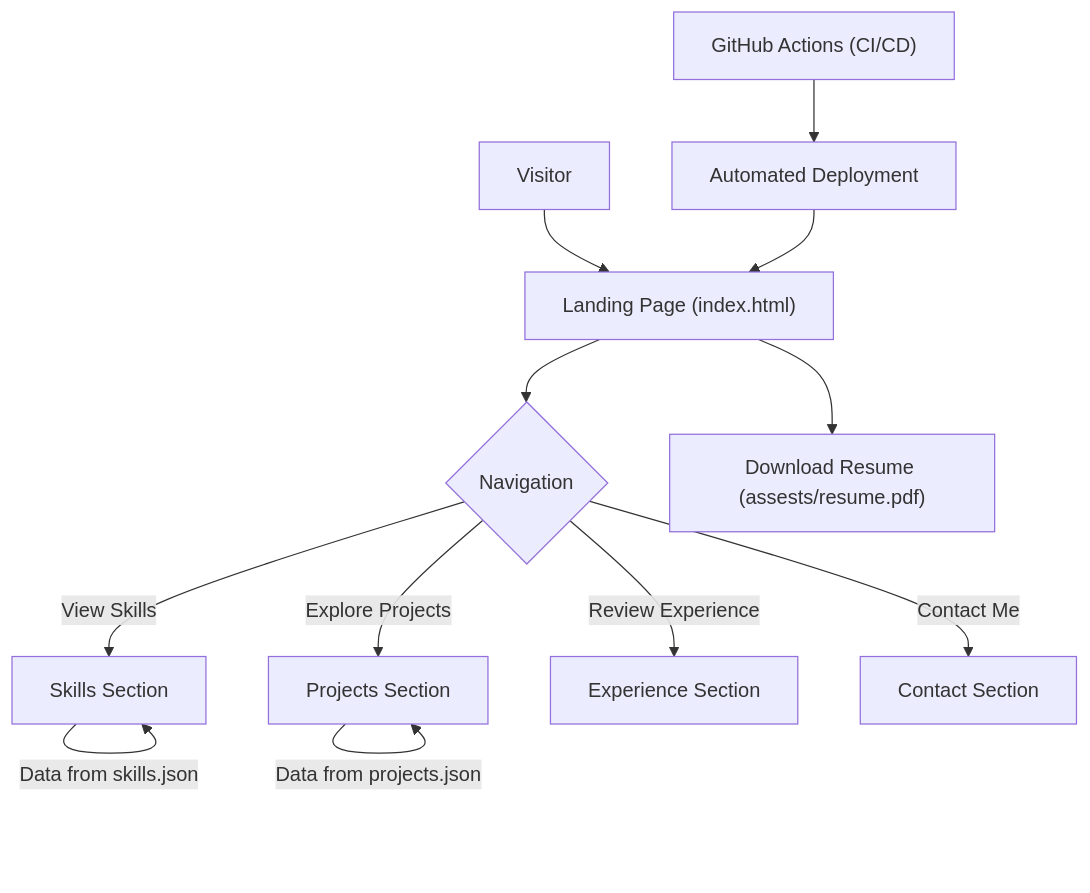
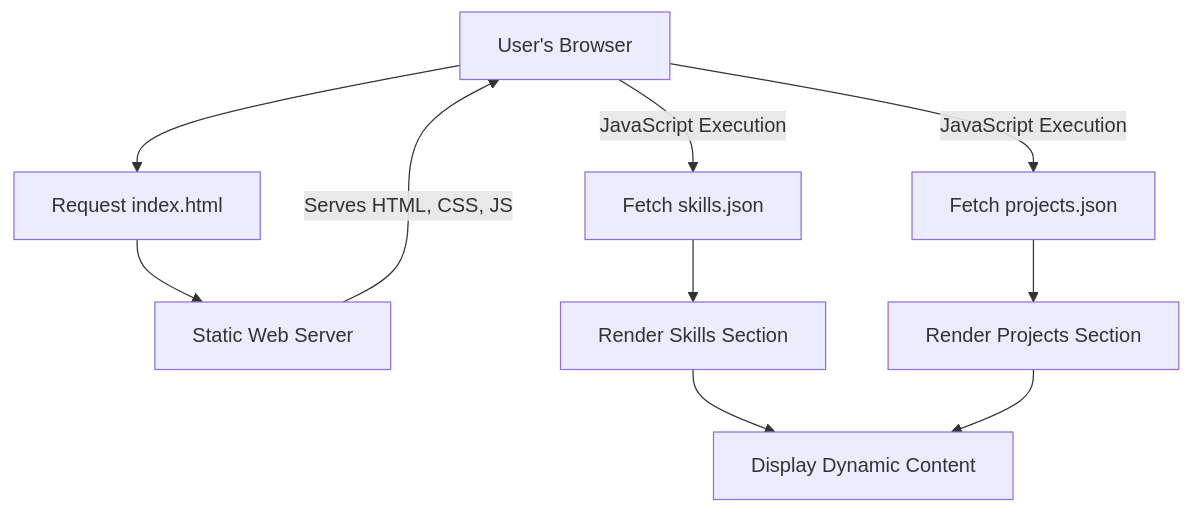
The diagram in README.md (helper-one/portfolio_website), drawn with Mermaid before and after one commit. The commit also changed other lines of this file, not shown here.

````diff
--- a/README.md
+++ b/README.md
@@ -42,14 +38,12 @@
 ```mermaid
 graph TD
-    A["Visitor"] --> B["Landing Page (index.html)"];
-    B --> C{"Navigation"};
-    C -- "View Skills" --> D["Skills Section"];
-    D -- "Data from skills.json" --> D;
-    C -- "Explore Projects" --> E["Projects Section"];
-    E -- "Data from projects.json" --> E;
-    C -- "Review Experience" --> F["Experience Section"];
-    C -- "Contact Me" --> G["Contact Section"];
-    B --> H["Download Resume (assests/resume.pdf)"];
-    I["GitHub Actions (CI/CD)"] --> J["Automated Deployment"];
-    J --> B;
+    A["User's Browser"] --> B["Request index.html"];
+    B --> C["Static Web Server"];
+    C -- "Serves HTML, CSS, JS" --> A;
+    A -- "JavaScript Execution" --> D["Fetch skills.json"];
+    A -- "JavaScript Execution" --> E["Fetch projects.json"];
+    D --> F["Render Skills Section"];
+    E --> G["Render Projects Section"];
+    F --> H["Display Dynamic Content"];
+    G --> H;
 ```
````
